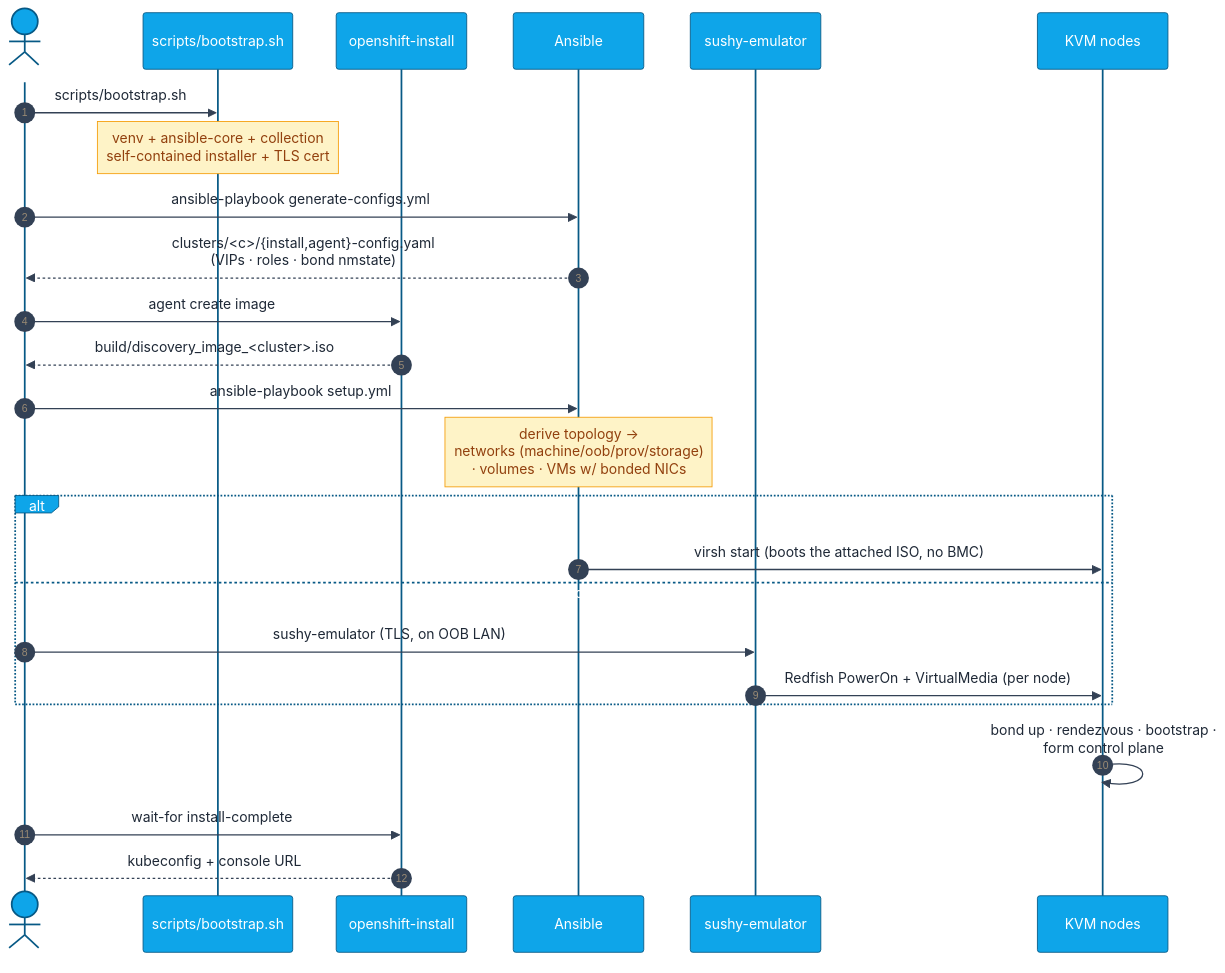
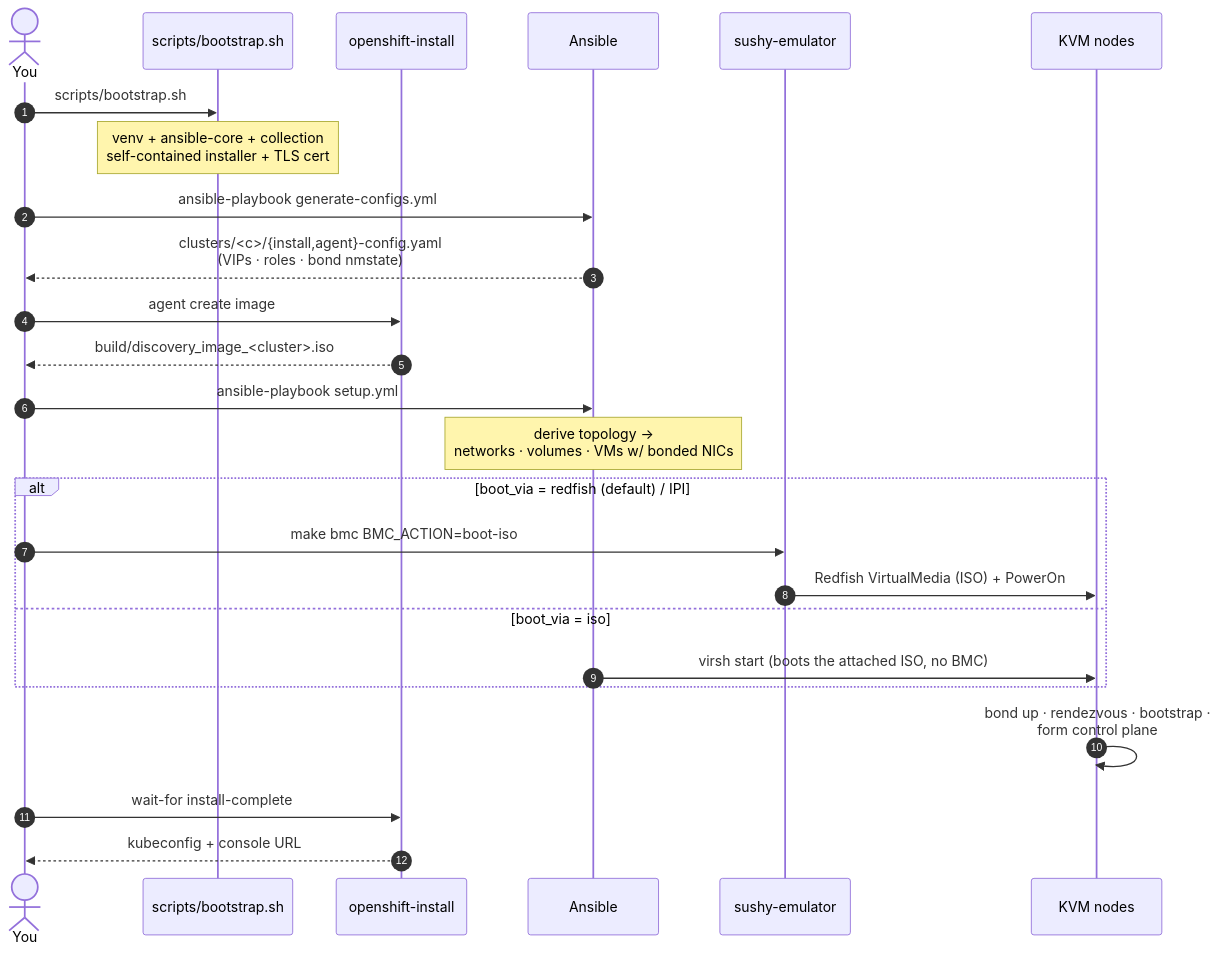
Before and after one commit to maci0/vmetal-openshift: the third of 6 diagrams in docs/architecture.md, drawn with Mermaid. The commit also changed other lines of this file and 25 other files, not shown here.

First line of the commit message:
Expand BMC controls (make bmc), default agent boot to redfish, group templates, dark-mode-safe diagrams

````diff
--- a/docs/architecture.md
+++ b/docs/architecture.md
@@ -136,37 +136,32 @@
 ```mermaid
-%%{init: {'theme':'base','themeVariables':{
-  'primaryColor':'#6366f1','primaryTextColor':'#fff','primaryBorderColor':'#3730a3',
-  'lineColor':'#64748b','actorBkg':'#0ea5e9','actorTextColor':'#fff',
-  'actorBorder':'#075985','signalColor':'#334155','signalTextColor':'#1f2937',
-  'noteBkgColor':'#fef3c7','noteTextColor':'#92400e','noteBorderColor':'#f59e0b'}}}%%
 sequenceDiagram
   autonumber
   actor U as You
   participant B as scripts/bootstrap.sh
   participant OI as openshift-install
   participant A as Ansible
   participant S as sushy-emulator
   participant N as KVM nodes
 
   U->>B: scripts/bootstrap.sh
   Note over B: venv + ansible-core + collection<br/>self-contained installer + TLS cert
 
   U->>A: ansible-playbook generate-configs.yml
   A-->>U: clusters/<c>/{install,agent}-config.yaml<br/>(VIPs · roles · bond nmstate)
   U->>OI: agent create image
   OI-->>U: build/discovery_image_<cluster>.iso
 
   U->>A: ansible-playbook setup.yml
-  Note over A: derive topology →<br/>networks (machine/oob/prov/storage)<br/>· volumes · VMs w/ bonded NICs
+  Note over A: derive topology →<br/>networks · volumes · VMs w/ bonded NICs
 
-  alt boot_via = iso (default)
+  alt boot_via = redfish (default) / IPI
+    U->>S: make bmc BMC_ACTION=boot-iso
+    S->>N: Redfish VirtualMedia (ISO) + PowerOn
+  else boot_via = iso
     A->>N: virsh start (boots the attached ISO, no BMC)
-  else boot_via = redfish / IPI
-    U->>S: sushy-emulator (TLS, on OOB LAN)
-    S->>N: Redfish PowerOn + VirtualMedia (per node)
   end
 
   N->>N: bond up · rendezvous · bootstrap ·<br/>form control plane
   U->>OI: wait-for install-complete
   OI-->>U: kubeconfig + console URL
 ```
````
